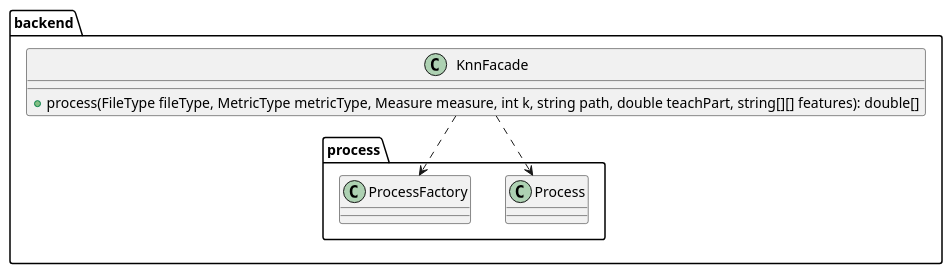
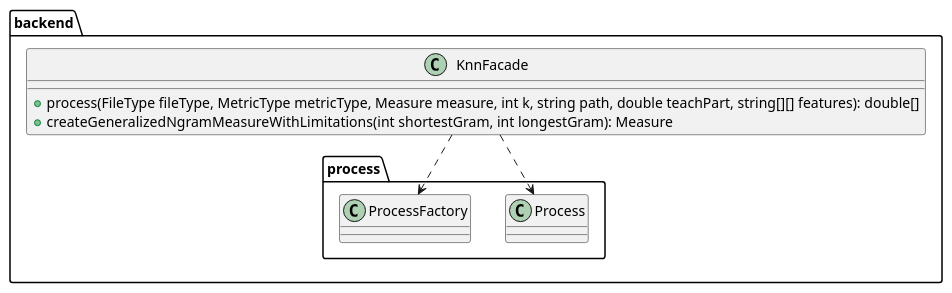
Before and after one commit to kambed/Computer-Recognition-Systems: the tenth of 10 diagrams in README.md, drawn with PlantUML. The commit also changed other lines of this file, not shown here.

````diff
--- a/README.md
+++ b/README.md
@@ -413,14 +409,15 @@
 ```plantuml
 top to bottom direction
 package backend {
     class KnnFacade {
         + process(FileType fileType, MetricType metricType, Measure measure, int k, string path, double teachPart, string[][] features): double[]
+        + createGeneralizedNgramMeasureWithLimitations(int shortestGram, int longestGram): Measure
     }
     package process {
         class Process
         class ProcessFactory
     }
     KnnFacade ..> ProcessFactory
     KnnFacade ..> Process
 }
 ```
````
